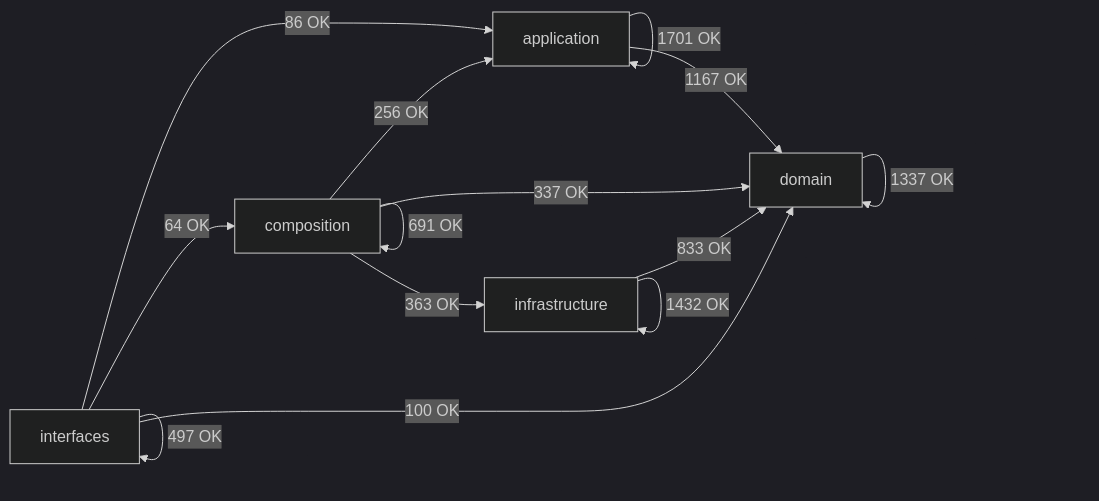
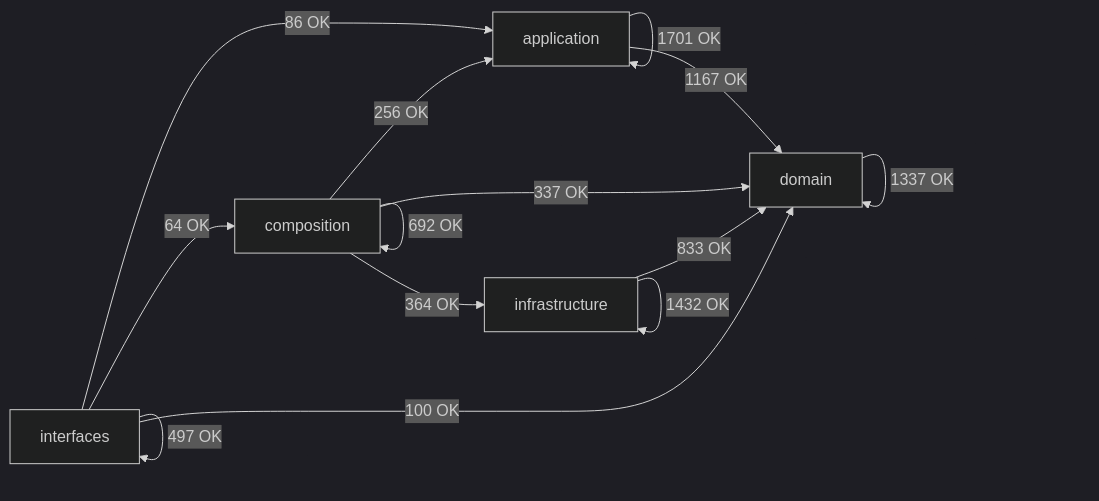
One commit to SatoryKono/BioactivityDataAcquisition changed the diagram in docs/02-architecture/generated/module-dependency-map.md. Above: the diagram before and after it, drawn with Mermaid (dark theme). The commit also changed other lines of this file and 102 other files, not shown here.

````diff
--- a/docs/02-architecture/generated/module-dependency-map.md
+++ b/docs/02-architecture/generated/module-dependency-map.md
@@ -17,21 +17,21 @@
 ```mermaid
 flowchart LR
     domain[domain]
     application[application]
     infrastructure[infrastructure]
     composition[composition]
     interfaces[interfaces]
     application -->|1701 OK| application
     application -->|1167 OK| domain
     composition -->|256 OK| application
-    composition -->|691 OK| composition
+    composition -->|692 OK| composition
     composition -->|337 OK| domain
-    composition -->|363 OK| infrastructure
+    composition -->|364 OK| infrastructure
     domain -->|1337 OK| domain
     infrastructure -->|833 OK| domain
     infrastructure -->|1432 OK| infrastructure
     interfaces -->|86 OK| application
     interfaces -->|64 OK| composition
     interfaces -->|100 OK| domain
     interfaces -->|497 OK| interfaces
 ```
````
